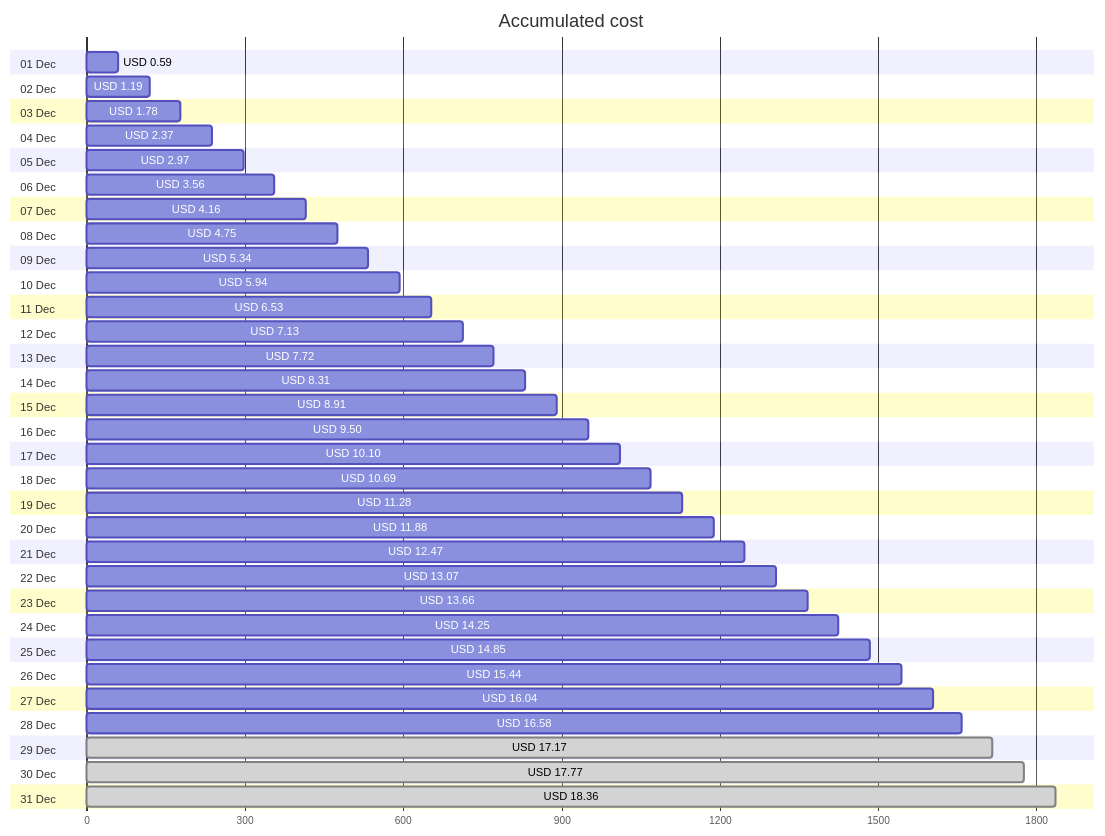
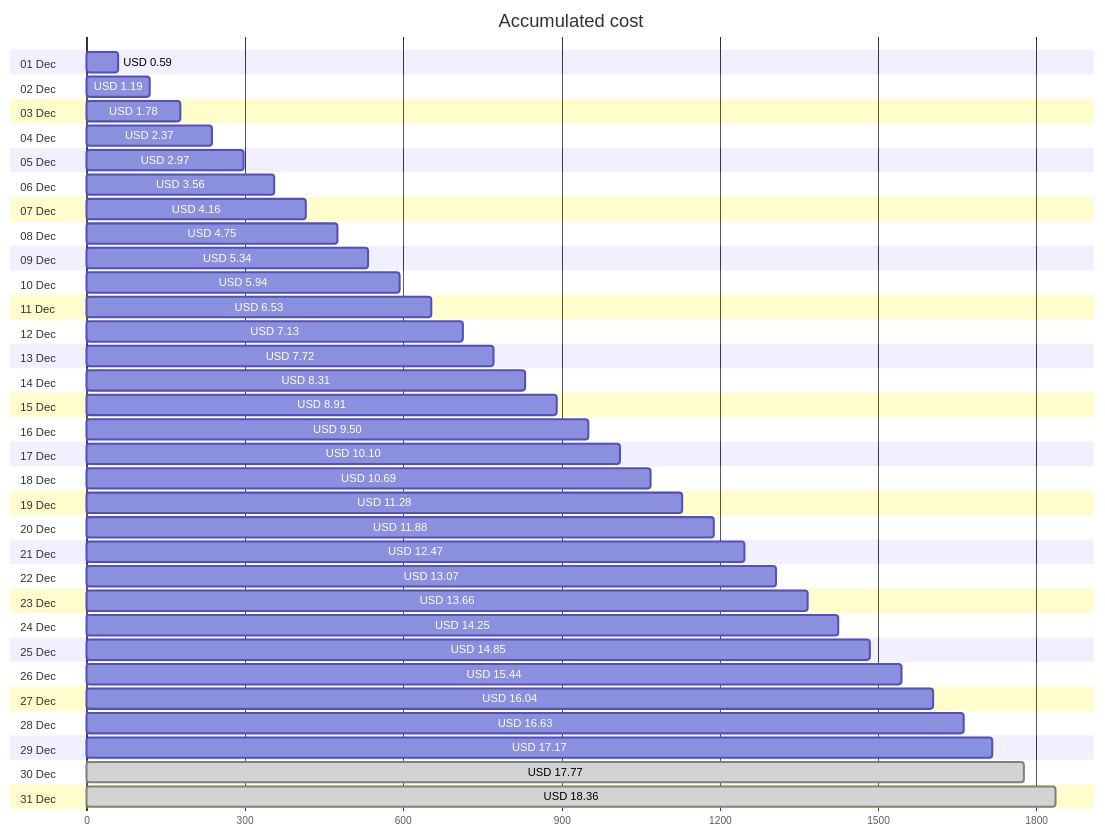
One commit to jpfulton/azure-personal-reports changed the first of 4 diagrams in cost-reports/personal-site/README.md. Above: the diagram before and after it, drawn with Mermaid. The commit also changed other lines of this file and 6 other files, not shown here.

````diff
--- a/cost-reports/personal-site/README.md
+++ b/cost-reports/personal-site/README.md
@@ -20,68 +20,68 @@
 ```mermaid
 gantt
    title Accumulated cost
    dateFormat  X
    axisFormat %s
    section 01 Dec
    USD 0.59 :0, 59
    section 02 Dec
    USD 1.19 :0, 119
    section 03 Dec
    USD 1.78 :0, 178
    section 04 Dec
    USD 2.37 :0, 237
    section 05 Dec
    USD 2.97 :0, 297
    section 06 Dec
    USD 3.56 :0, 356
    section 07 Dec
    USD 4.16 :0, 416
    section 08 Dec
    USD 4.75 :0, 475
    section 09 Dec
    USD 5.34 :0, 534
    section 10 Dec
    USD 5.94 :0, 594
    section 11 Dec
    USD 6.53 :0, 653
    section 12 Dec
    USD 7.13 :0, 713
    section 13 Dec
    USD 7.72 :0, 772
    section 14 Dec
    USD 8.31 :0, 831
    section 15 Dec
    USD 8.91 :0, 891
    section 16 Dec
    USD 9.50 :0, 950
    section 17 Dec
    USD 10.10 :0, 1010
    section 18 Dec
    USD 10.69 :0, 1069
    section 19 Dec
    USD 11.28 :0, 1128
    section 20 Dec
    USD 11.88 :0, 1188
    section 21 Dec
    USD 12.47 :0, 1247
    section 22 Dec
    USD 13.07 :0, 1307
    section 23 Dec
    USD 13.66 :0, 1366
    section 24 Dec
    USD 14.25 :0, 1425
    section 25 Dec
    USD 14.85 :0, 1485
    section 26 Dec
    USD 15.44 :0, 1544
    section 27 Dec
    USD 16.04 :0, 1604
    section 28 Dec
-   USD 16.58 :0, 1658
+   USD 16.63 :0, 1663
    section 29 Dec
-   USD 17.17 : done, 0, 1717
+   USD 17.17 :0, 1717
    section 30 Dec
    USD 17.77 : done, 0, 1777
    section 31 Dec
    USD 18.36 : done, 0, 1836
 ```
````
